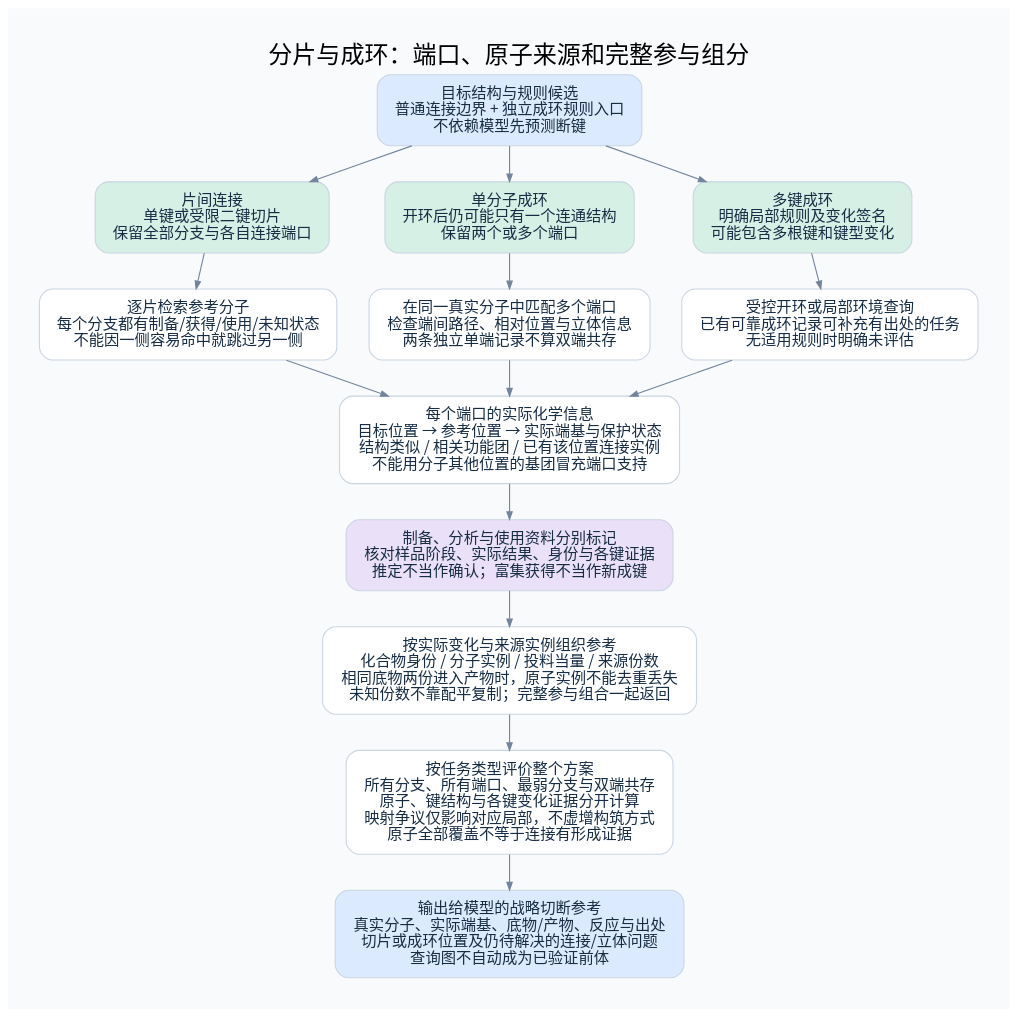
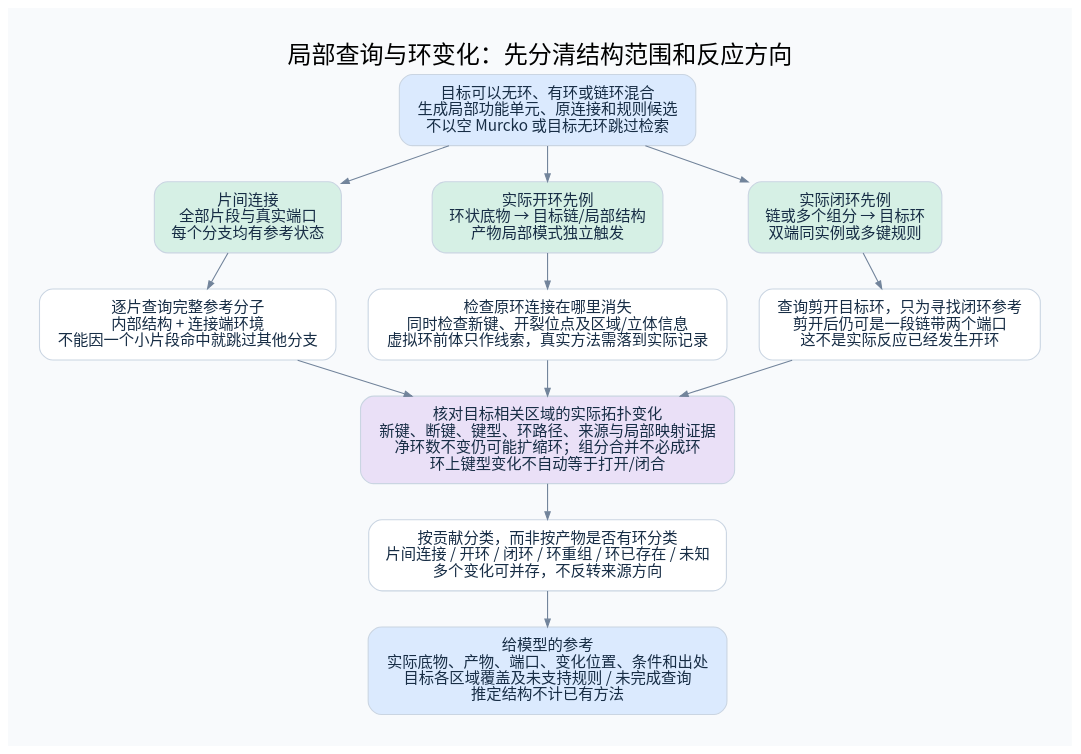
One commit to 825728139/substructure_search changed the diagram in diagrams/fragment-retrieval.dot. Above: the diagram before and after it, drawn with Graphviz. The commit also changed 21 other files, not shown here.

```diff
--- a/diagrams/fragment-retrieval.dot
+++ b/diagrams/fragment-retrieval.dot
@@ -1,53 +1,44 @@
 digraph G {
 
 graph [rankdir=TB, bgcolor="#F8FAFC", pad="0.4", nodesep="0.40", ranksep="0.46", fontname="Noto Sans CJK SC", fontsize=22, labelloc=t];
 node [shape=box, style="rounded,filled", fillcolor="white", color="#CAD5E2", fontcolor="#172D45", fontname="Noto Sans CJK SC", fontsize=14, margin="0.20,0.14"];
 edge [color="#72849B", arrowsize=0.7, fontname="Noto Sans CJK SC", fontsize=11, fontcolor="#526477"];
 
-label="分片与成环：端口、原子来源和完整参与组分";
-a [label="目标结构与规则候选
-普通连接边界 + 独立成环规则入口
-不依赖模型先预测断键", fillcolor="#DBEAFE"];
-multi [label="片间连接
-单键或受限二键切片
-保留全部分支与各自连接端口", fillcolor="#D6F0E5"];
-ring [label="单分子成环
-开环后仍可能只有一个连通结构
-保留两个或多个端口", fillcolor="#D6F0E5"];
-complex [label="多键成环
-明确局部规则及变化签名
-可能包含多根键和键型变化", fillcolor="#D6F0E5"];
-m1 [label="逐片检索参考分子
-每个分支都有制备/获得/使用/未知状态
-不能因一侧容易命中就跳过另一侧"];
-r1 [label="在同一真实分子中匹配多个端口
-检查端间路径、相对位置与立体信息
-两条独立单端记录不算双端共存"];
-c1 [label="受控开环或局部环境查询
-已有可靠成环记录可补充有出处的任务
-无适用规则时明确未评估"];
-port [label="每个端口的实际化学信息
-目标位置 → 参考位置 → 实际端基与保护状态
-结构类似 / 相关功能团 / 已有该位置连接实例
-不能用分子其他位置的基团冒充端口支持"];
-evidence [label="制备、分析与使用资料分别标记
-核对样品阶段、实际结果、身份与各键证据
-推定不当作确认；富集获得不当作新成键", fillcolor="#EAE0F7"];
-origins [label="按实际变化与来源实例组织参考
-化合物身份 / 分子实例 / 投料当量 / 来源份数
-相同底物两份进入产物时，原子实例不能去重丢失
-未知份数不靠配平复制；完整参与组合一起返回"];
-coverage [label="按任务类型评价整个方案
-所有分支、所有端口、最弱分支与双端共存
-原子、键结构与各键变化证据分开计算
-映射争议仅影响对应局部，不虚增构筑方式
-原子全部覆盖不等于连接有形成证据"];
-out [label="输出给模型的战略切断参考
-真实分子、实际端基、底物/产物、反应与出处
-切片或成环位置及仍待解决的连接/立体问题
-查询图不自动成为已验证前体", fillcolor="#DBEAFE"];
-a -> multi; a -> ring; a -> complex;
-multi -> m1; ring -> r1; complex -> c1;
-m1 -> port; r1 -> port; c1 -> port;
-port -> evidence -> origins -> coverage -> out;
+label="局部查询与环变化：先分清结构范围和反应方向";
+a [label="目标可以无环、有环或链环混合
+生成局部功能单元、原连接和规则候选
+不以空 Murcko 或目标无环跳过检索", fillcolor="#DBEAFE"];
+connect [label="片间连接
+全部片段与真实端口
+每个分支均有参考状态", fillcolor="#D6F0E5"];
+opening [label="实际开环先例
+环状底物 → 目标链/局部结构
+产物局部模式独立触发", fillcolor="#D6F0E5"];
+closing [label="实际闭环先例
+链或多个组分 → 目标环
+双端同实例或多键规则", fillcolor="#D6F0E5"];
+ct [label="逐片查询完整参考分子
+内部结构 + 连接端环境
+不能因一个小片段命中就跳过其他分支"];
+op [label="检查原环连接在哪里消失
+同时检查新键、开裂位点及区域/立体信息
+虚拟环前体只作线索，真实方法需落到实际记录"];
+cl [label="查询剪开目标环，只为寻找闭环参考
+剪开后仍可是一段链带两个端口
+这不是实际反应已经发生开环"];
+verify [label="核对目标相关区域的实际拓扑变化
+新键、断键、键型、环路径、来源与局部映射证据
+净环数不变仍可能扩缩环；组分合并不必成环
+环上键型变化不自动等于打开/闭合", fillcolor="#EAE0F7"];
+classify [label="按贡献分类，而非按产物是否有环分类
+片间连接 / 开环 / 闭环 / 环重组 / 环已存在 / 未知
+多个变化可并存，不反转来源方向"];
+result [label="给模型的参考
+实际底物、产物、端口、变化位置、条件和出处
+目标各区域覆盖及未支持规则 / 未完成查询
+推定结构不计已有方法", fillcolor="#DBEAFE"];
+a -> connect; a -> opening; a -> closing;
+connect -> ct; opening -> op; closing -> cl;
+ct -> verify; op -> verify; cl -> verify;
+verify -> classify -> result;
 }
```
